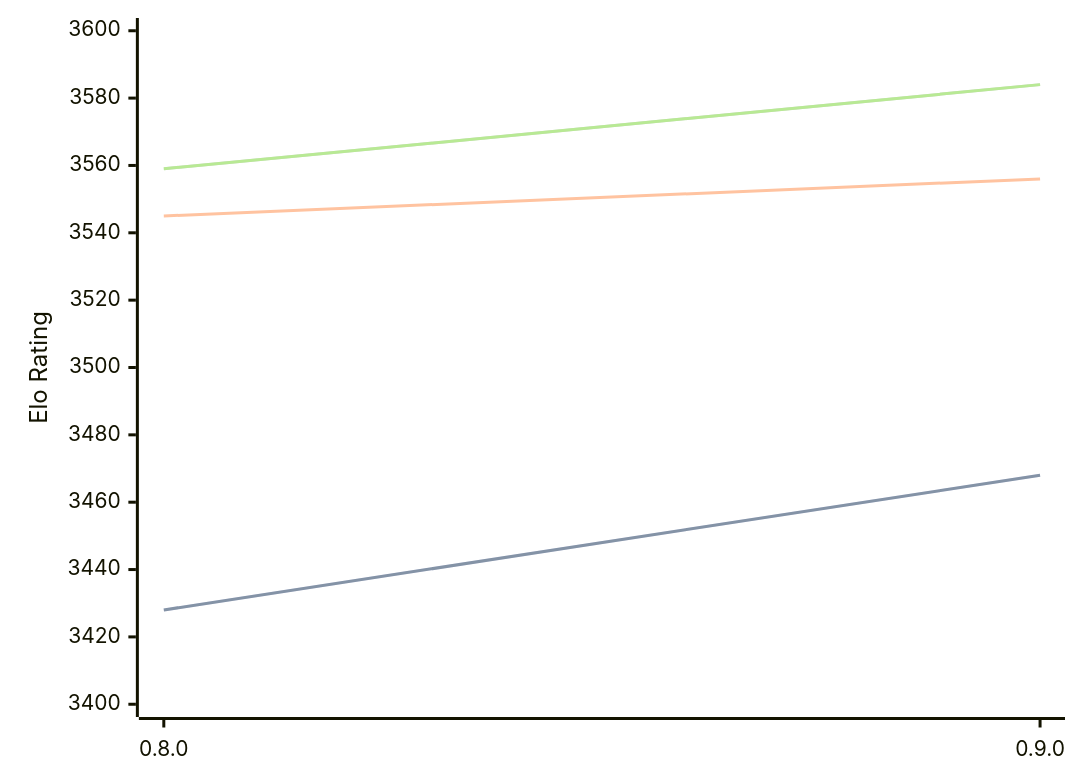
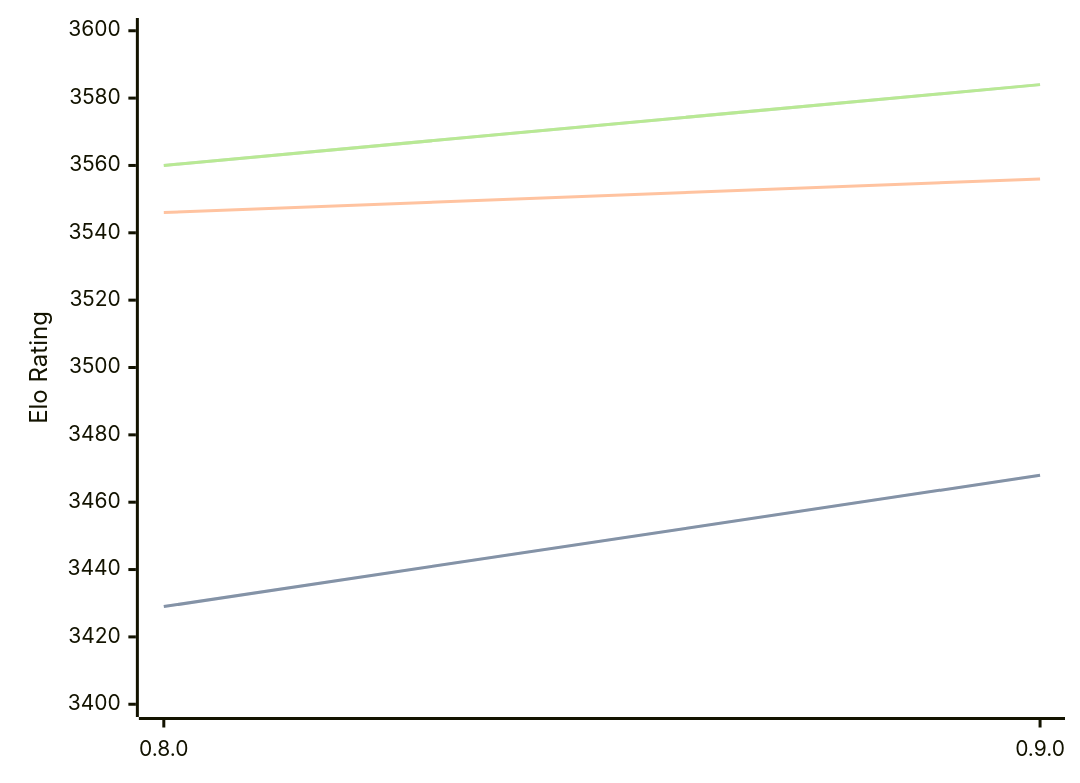
Before and after one commit to computer-chess-index/cci: the diagram in engines/Reckless.md, drawn with Mermaid. The commit also changed other lines of this file, not shown here.

Commit message:
Update CCI Ratings (ELO VLTC) - 2026-05-22

````diff
--- a/engines/Reckless.md
+++ b/engines/Reckless.md
@@ -39,11 +39,11 @@
 ```mermaid
 %%{init: {"theme":"base","themeVariables":{"seriesColors:['#a3a3a3','#222221','#faa371']}}}%%
 xychart-beta
   x-axis ["0.8.0", "0.9.0"]
   y-axis "Elo Rating" 3400 --> 3600
-  line "STC (8.0+0.08s)" [3428, 3468]
-  line "STC (8.0+0.08s)" [3428, 3468]
-  line "LTC (60.0+0.60s)" [3545, 3556]
-  line "VLTC (2m24s+1.12s)" [3559, 3584]
-  line "VLTC (2m24s+1.12s)" [3559, 3584]
+  line "STC (8.0+0.08s)" [3429, 3468]
+  line "STC (8.0+0.08s)" [3429, 3468]
+  line "LTC (60.0+0.60s)" [3546, 3556]
+  line "VLTC (2m24s+1.12s)" [3560, 3584]
+  line "VLTC (2m24s+1.12s)" [3560, 3584]
 ```
````
